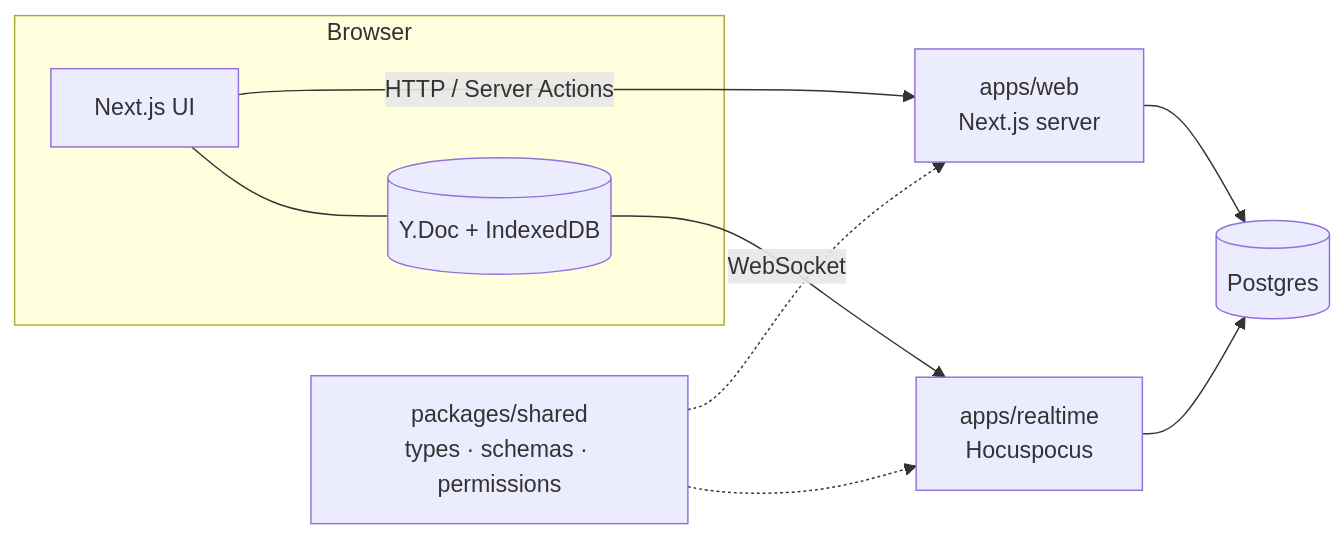
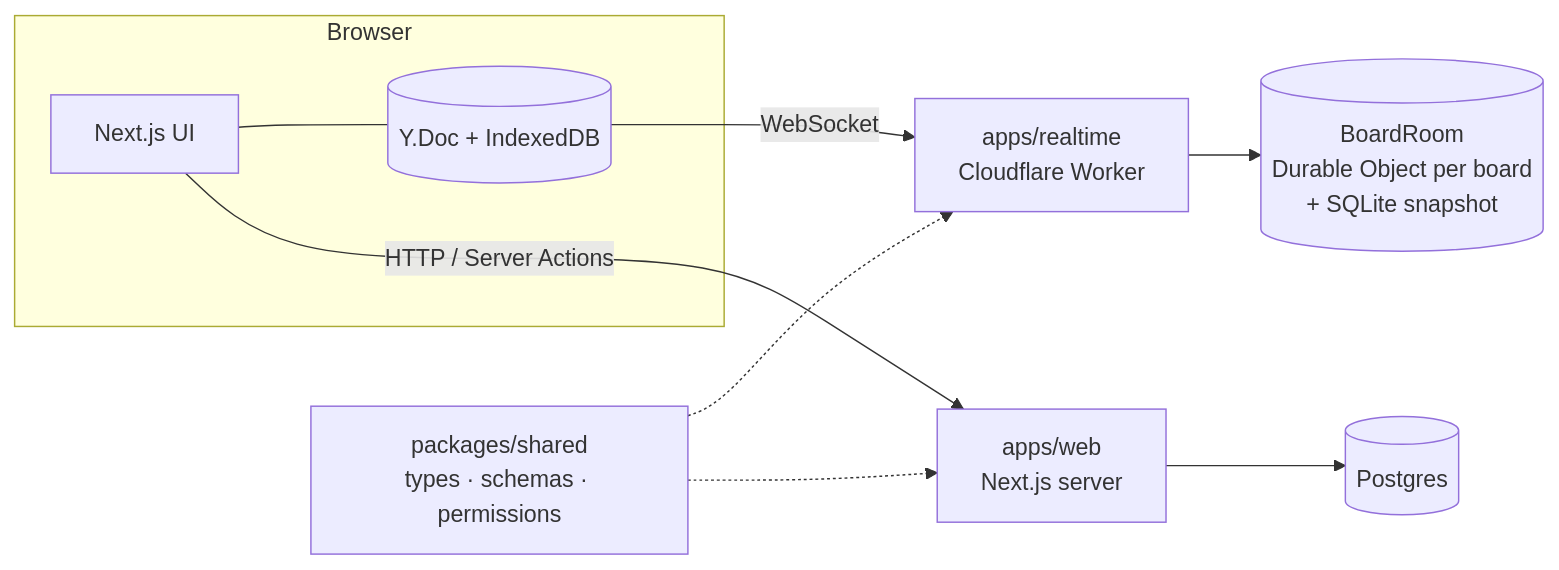
The diagram in README.md (Grigormrd/planwerk), drawn with Mermaid before and after one commit. The commit also changed other lines of this file and 27 other files, not shown here.

First line of the commit message:
feat(realtime): move realtime layer to Cloudflare Durable Objects (#9)

````diff
--- a/README.md
+++ b/README.md
@@ -30,12 +30,12 @@
 ```mermaid
 flowchart LR
   subgraph Browser
     UI[Next.js UI] --- YDoc[(Y.Doc + IndexedDB)]
   end
   UI -- HTTP / Server Actions --> Web[apps/web<br/>Next.js server]
-  YDoc -- WebSocket --> RT[apps/realtime<br/>Hocuspocus]
+  YDoc -- WebSocket --> RT[apps/realtime<br/>Cloudflare Worker]
+  RT --> Room[(BoardRoom<br/>Durable Object per board<br/>+ SQLite snapshot)]
   Web --> DB[(Postgres)]
-  RT --> DB
   Shared[packages/shared<br/>types · schemas · permissions] -.-> Web
   Shared -.-> RT
 ```
````
